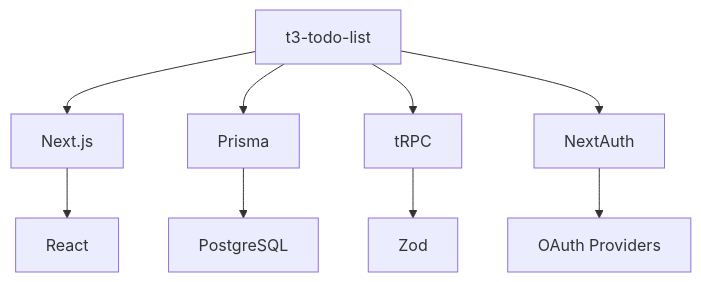
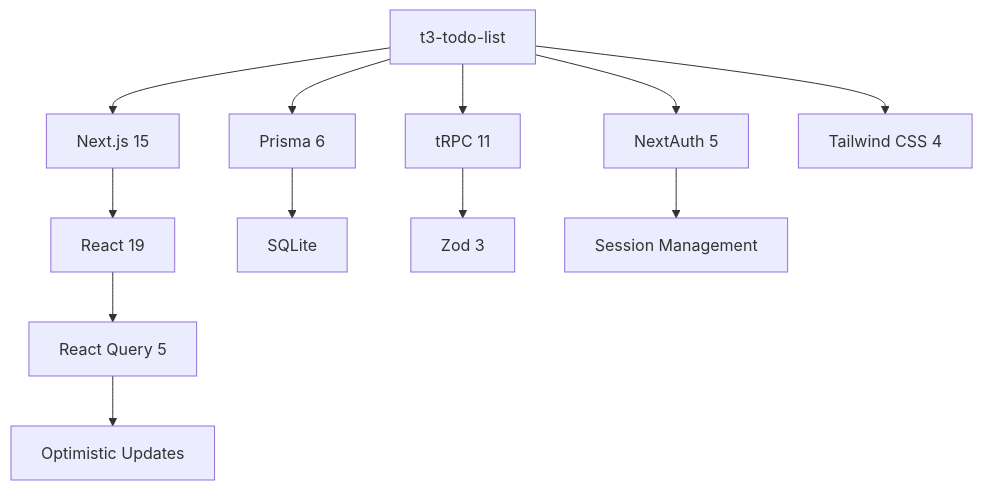
Before and after one commit to sergeantO/t3-todo-list: the diagram in docs/techContext.md, drawn with Mermaid. The commit also changed other lines of this file and 7 other files, not shown here.

````diff
--- a/docs/techContext.md
+++ b/docs/techContext.md
@@ -43,11 +148,14 @@
 ```mermaid
 graph TD
-    A[t3-todo-list] --> B[Next.js]
-    A --> C[Prisma]
-    A --> D[tRPC]
-    B --> E[React]
-    C --> F[PostgreSQL]
-    D --> G[Zod]
-    A --> H[NextAuth]
-    H --> I[OAuth Providers]
+    A[t3-todo-list] --> B[Next.js 15]
+    A --> C[Prisma 6]
+    A --> D[tRPC 11]
+    B --> E[React 19]
+    C --> F[SQLite]
+    D --> G[Zod 3]
+    A --> H[NextAuth 5]
+    H --> I[Session Management]
+    E --> J[React Query 5]
+    J --> K[Optimistic Updates]
+    A --> L[Tailwind CSS 4]
 ```
````
